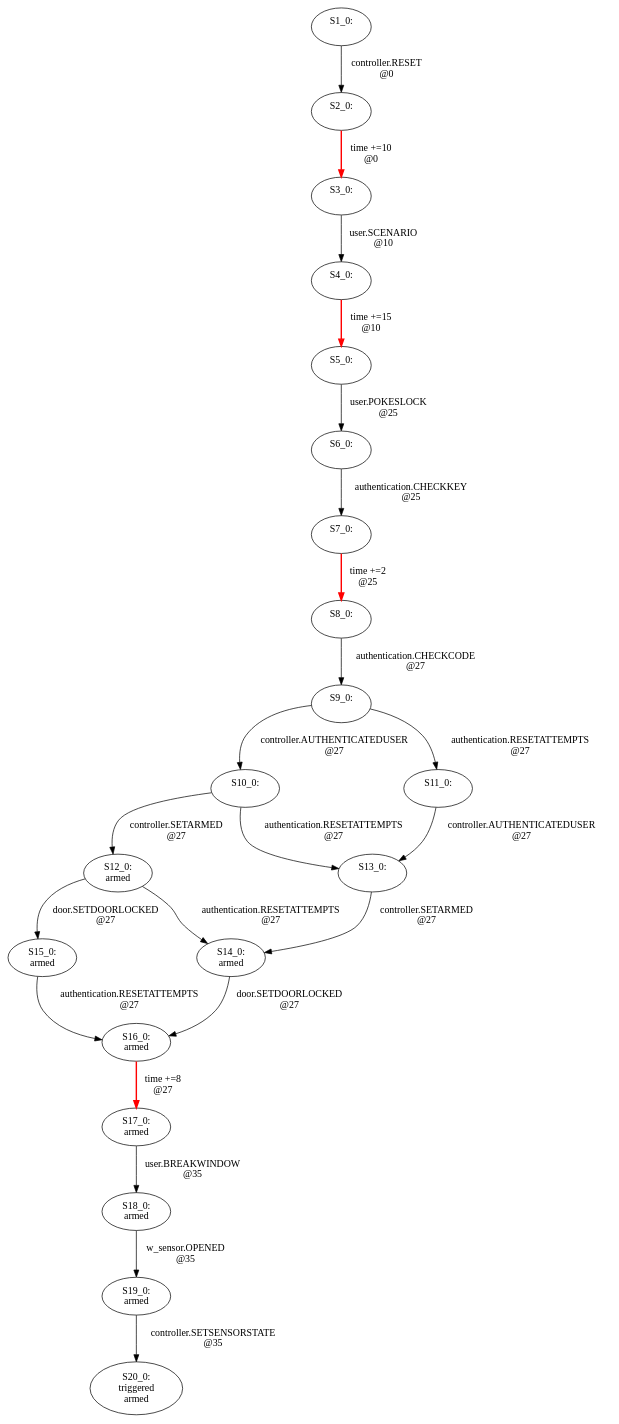
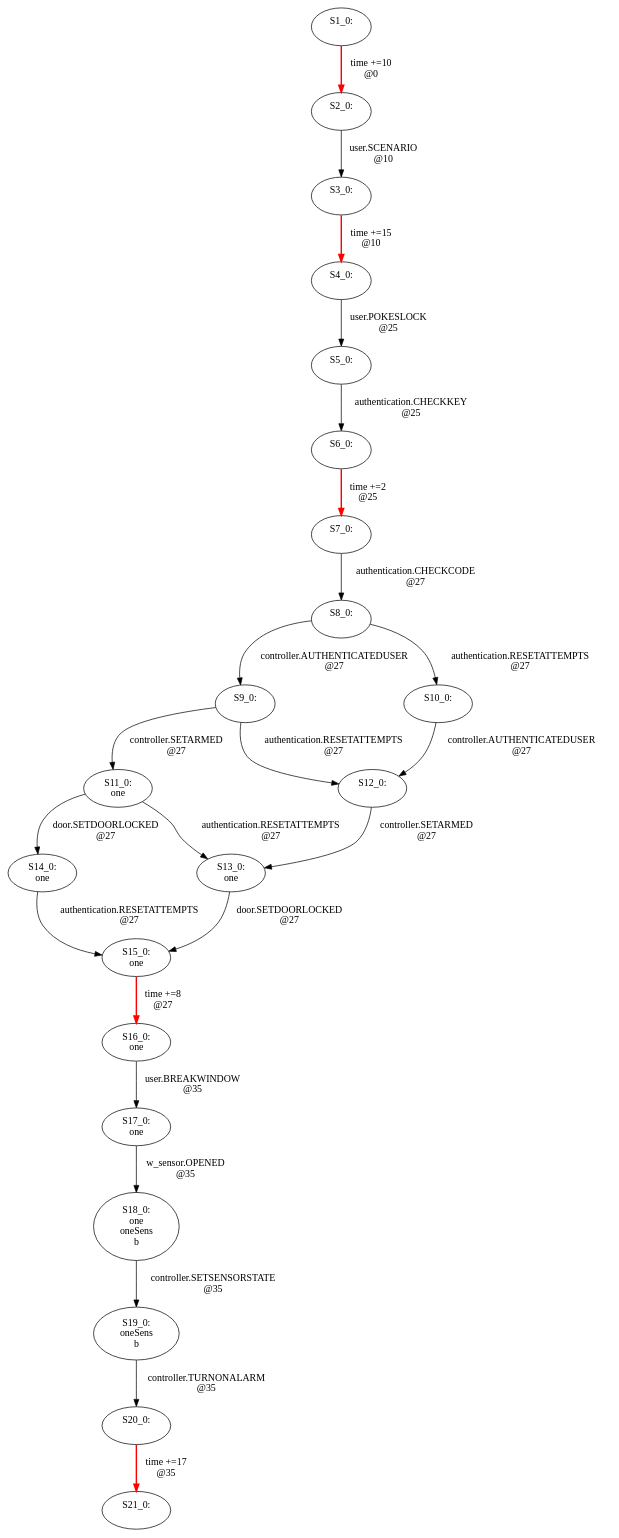
Before and after one commit to CEN90/Homealarm: the diagram in Rebeca/src/alarm.dot, drawn with Graphviz. The commit also changed 2 other files, not shown here.

```diff
--- a/Rebeca/src/alarm.dot
+++ b/Rebeca/src/alarm.dot
@@ -1,44 +1,46 @@
 digraph html {
 S1_0[label="S1_0: \n "];
 S2_0[label="S2_0: \n "];
+S1_0 -> S2_0[label="time +=10 \n @0", style="bold", color="red"];
 S3_0[label="S3_0: \n "];
-S2_0 -> S3_0[label="time +=10 \n @0", style="bold", color="red"];
-S1_0 -> S2_0[label="controller.RESET \n @0"];
 S4_0[label="S4_0: \n "];
+S3_0 -> S4_0[label="time +=15 \n @10", style="bold", color="red"];
+S2_0 -> S3_0[label="user.SCENARIO \n @10"];
 S5_0[label="S5_0: \n "];
-S4_0 -> S5_0[label="time +=15 \n @10", style="bold", color="red"];
-S3_0 -> S4_0[label="user.SCENARIO \n @10"];
+S4_0 -> S5_0[label="user.POKESLOCK \n @25"];
 S6_0[label="S6_0: \n "];
-S5_0 -> S6_0[label="user.POKESLOCK \n @25"];
 S7_0[label="S7_0: \n "];
+S6_0 -> S7_0[label="time +=2 \n @25", style="bold", color="red"];
+S5_0 -> S6_0[label="authentication.CHECKKEY \n @25"];
 S8_0[label="S8_0: \n "];
-S7_0 -> S8_0[label="time +=2 \n @25", style="bold", color="red"];
-S6_0 -> S7_0[label="authentication.CHECKKEY \n @25"];
+S7_0 -> S8_0[label="authentication.CHECKCODE \n @27"];
 S9_0[label="S9_0: \n "];
-S8_0 -> S9_0[label="authentication.CHECKCODE \n @27"];
+S8_0 -> S9_0[label="controller.AUTHENTICATEDUSER \n @27"];
 S10_0[label="S10_0: \n "];
-S9_0 -> S10_0[label="controller.AUTHENTICATEDUSER \n @27"];
-S11_0[label="S11_0: \n "];
-S9_0 -> S11_0[label="authentication.RESETATTEMPTS \n @27"];
-S12_0[label="S12_0: \n armed"];
-S10_0 -> S12_0[label="controller.SETARMED \n @27"];
-S13_0[label="S13_0: \n "];
-S10_0 -> S13_0[label="authentication.RESETATTEMPTS \n @27"];
-S11_0 -> S13_0[label="controller.AUTHENTICATEDUSER \n @27"];
-S14_0[label="S14_0: \n armed"];
-S12_0 -> S14_0[label="authentication.RESETATTEMPTS \n @27"];
-S15_0[label="S15_0: \n armed"];
-S12_0 -> S15_0[label="door.SETDOORLOCKED \n @27"];
-S13_0 -> S14_0[label="controller.SETARMED \n @27"];
-S16_0[label="S16_0: \n armed"];
-S17_0[label="S17_0: \n armed"];
-S16_0 -> S17_0[label="time +=8 \n @27", style="bold", color="red"];
-S14_0 -> S16_0[label="door.SETDOORLOCKED \n @27"];
-S15_0 -> S16_0[label="authentication.RESETATTEMPTS \n @27"];
-S18_0[label="S18_0: \n armed"];
-S17_0 -> S18_0[label="user.BREAKWINDOW \n @35"];
-S19_0[label="S19_0: \n armed"];
-S18_0 -> S19_0[label="w_sensor.OPENED \n @35"];
-S20_0[label="S20_0: \n triggered \n armed"];
-S19_0 -> S20_0[label="controller.SETSENSORSTATE \n @35"];
+S8_0 -> S10_0[label="authentication.RESETATTEMPTS \n @27"];
+S11_0[label="S11_0: \n one"];
+S9_0 -> S11_0[label="controller.SETARMED \n @27"];
+S12_0[label="S12_0: \n "];
+S9_0 -> S12_0[label="authentication.RESETATTEMPTS \n @27"];
+S10_0 -> S12_0[label="controller.AUTHENTICATEDUSER \n @27"];
+S13_0[label="S13_0: \n one"];
+S11_0 -> S13_0[label="authentication.RESETATTEMPTS \n @27"];
+S14_0[label="S14_0: \n one"];
+S11_0 -> S14_0[label="door.SETDOORLOCKED \n @27"];
+S12_0 -> S13_0[label="controller.SETARMED \n @27"];
+S15_0[label="S15_0: \n one"];
+S16_0[label="S16_0: \n one"];
+S15_0 -> S16_0[label="time +=8 \n @27", style="bold", color="red"];
+S13_0 -> S15_0[label="door.SETDOORLOCKED \n @27"];
+S14_0 -> S15_0[label="authentication.RESETATTEMPTS \n @27"];
+S17_0[label="S17_0: \n one"];
+S16_0 -> S17_0[label="user.BREAKWINDOW \n @35"];
+S18_0[label="S18_0: \n one \n oneSens \n b"];
+S17_0 -> S18_0[label="w_sensor.OPENED \n @35"];
+S19_0[label="S19_0: \n oneSens \n b"];
+S18_0 -> S19_0[label="controller.SETSENSORSTATE \n @35"];
+S20_0[label="S20_0: \n "];
+S21_0[label="S21_0: \n "];
+S20_0 -> S21_0[label="time +=17 \n @35", style="bold", color="red"];
+S19_0 -> S20_0[label="controller.TURNONALARM \n @35"];
 }
```
